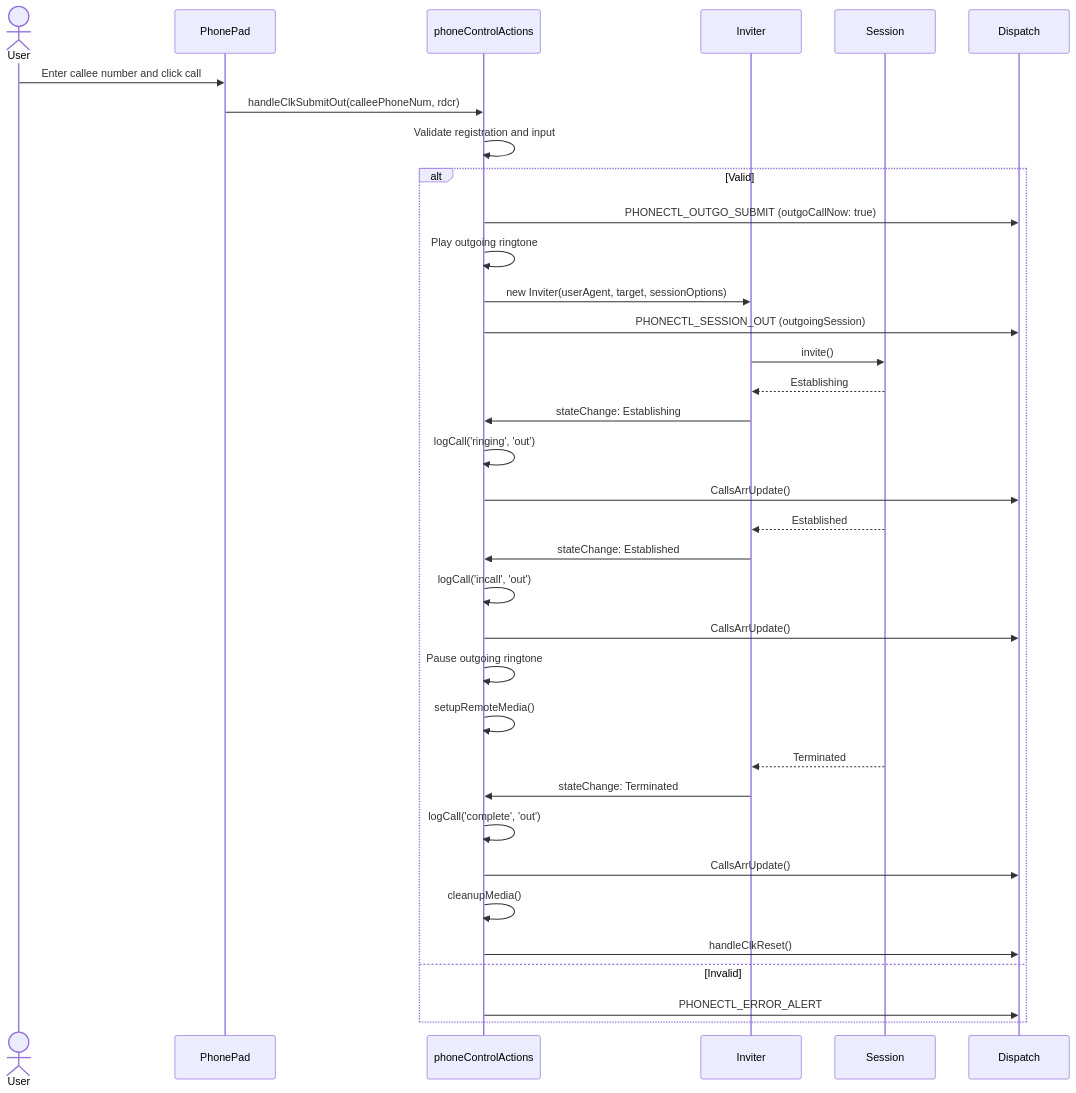
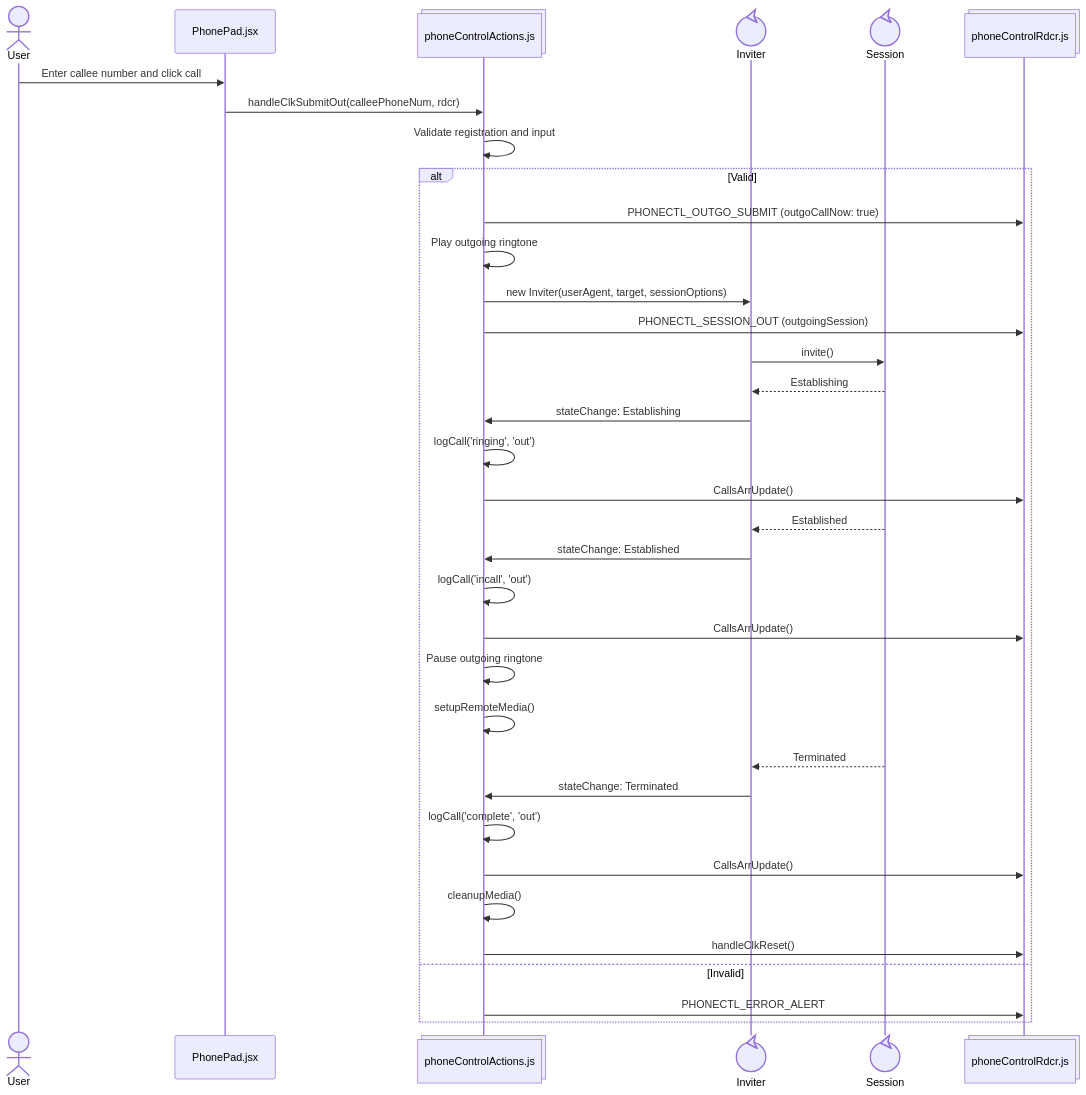
One commit to ars-anosov/sipjs-react changed the fifth of 5 diagrams in phone/README.md. Above: the diagram before and after it, drawn with Mermaid. The commit also changed other lines of this file, not shown here.

````diff
--- a/phone/README.md
+++ b/phone/README.md
@@ -139,38 +142,38 @@
 ```mermaid
 sequenceDiagram
   actor User
-  participant PhonePad
-  participant Action as phoneControlActions
-  participant Inviter
-  participant Session
-  participant Dispatch
+  participant PhonePad@{ "type" : "participant", "alias": "PhonePad.jsx" }
+  participant Action@{ "type" : "collections", "alias": "phoneControlActions.js" }
+  participant Inviter@{ "type" : "control" }
+  participant Session@{ "type" : "control" }
+  participant Dispatch@{ "type" : "collections", "alias": "phoneControlRdcr.js"  }
 
   User->>PhonePad: Enter callee number and click call
   PhonePad->>Action: handleClkSubmitOut(calleePhoneNum, rdcr)
   Action->>Action: Validate registration and input
   alt Valid
     Action->>Dispatch: PHONECTL_OUTGO_SUBMIT (outgoCallNow: true)
     Action->>Action: Play outgoing ringtone
     Action->>Inviter: new Inviter(userAgent, target, sessionOptions)
     Action->>Dispatch: PHONECTL_SESSION_OUT (outgoingSession)
     Inviter->>Session: invite()
     Session-->>Inviter: Establishing
     Inviter->>Action: stateChange: Establishing
     Action->>Action: logCall('ringing', 'out')
     Action->>Dispatch: CallsArrUpdate()
     Session-->>Inviter: Established
     Inviter->>Action: stateChange: Established
     Action->>Action: logCall('incall', 'out')
     Action->>Dispatch: CallsArrUpdate()
     Action->>Action: Pause outgoing ringtone
     Action->>Action: setupRemoteMedia()
     Session-->>Inviter: Terminated
     Inviter->>Action: stateChange: Terminated
     Action->>Action: logCall('complete', 'out')
     Action->>Dispatch: CallsArrUpdate()
     Action->>Action: cleanupMedia()
     Action->>Dispatch: handleClkReset()
   else Invalid
     Action->>Dispatch: PHONECTL_ERROR_ALERT
   end
 ```
````
